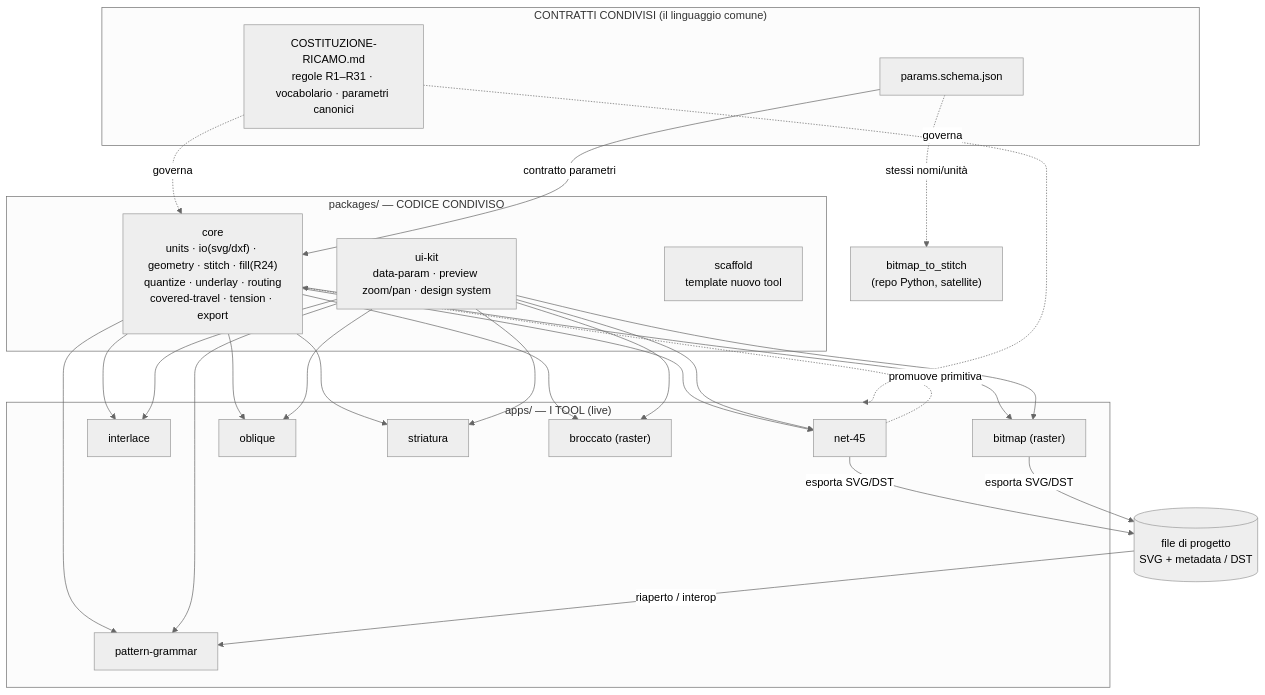
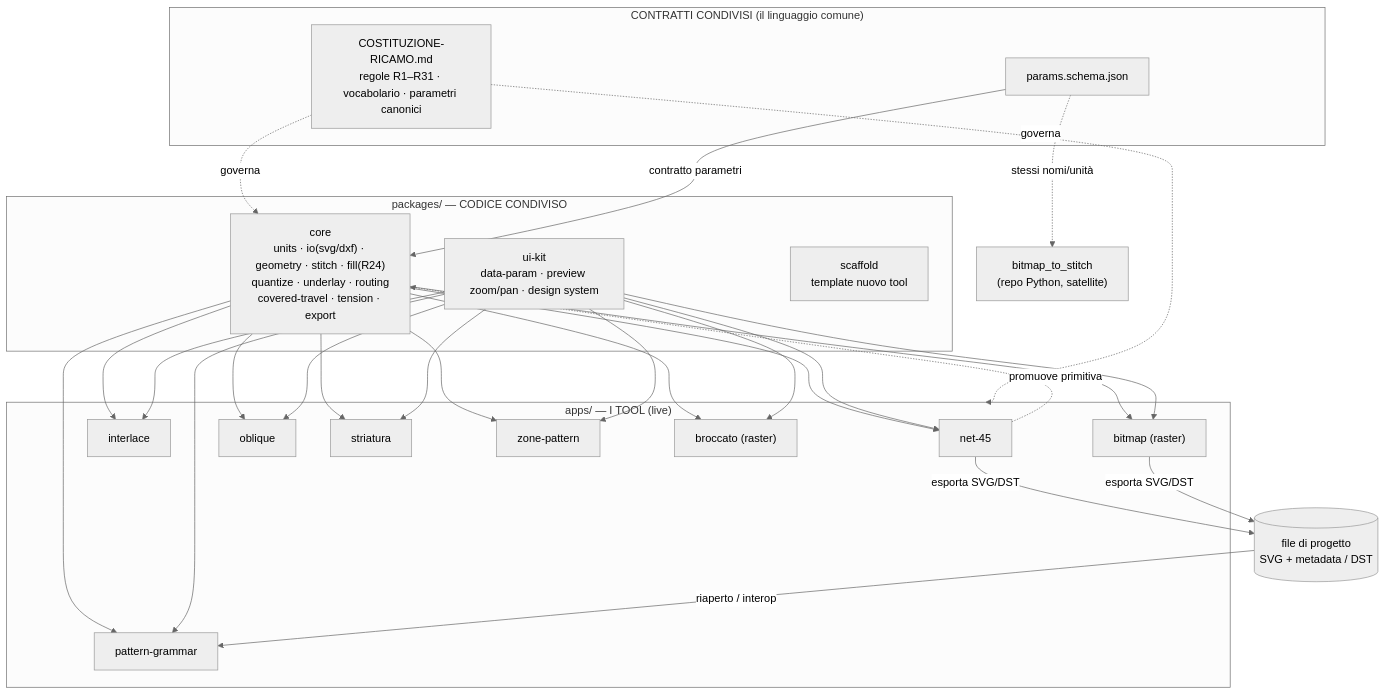
One commit to LorenzoErcoli/RG-EMBROIDERY-TOOLS-SUITE changed the diagram in ARCHITETTURA.md. Above: the diagram before and after it, drawn with Mermaid (neutral theme). The commit also changed other lines of this file and 31 other files, not shown here.

````diff
--- a/ARCHITETTURA.md
+++ b/ARCHITETTURA.md
@@ -26,39 +26,40 @@
 ```mermaid
 graph TD
   subgraph Contratti["CONTRATTI CONDIVISI (il linguaggio comune)"]
     COST["COSTITUZIONE-RICAMO.md<br/>regole R1–R31 · vocabolario · parametri canonici"]
     SCHEMA["params.schema.json"]
   end
 
   subgraph Packages["packages/ — CODICE CONDIVISO"]
     CORE["core<br/>units · io(svg/dxf) · geometry · stitch · fill(R24)<br/>quantize · underlay · routing<br/>covered-travel · tension · export"]
     UIKIT["ui-kit<br/>data-param · preview zoom/pan · design system"]
     SCAFFOLD["scaffold<br/>template nuovo tool"]
   end
 
   subgraph Apps["apps/ — I TOOL (live)"]
     N45["net-45"]
     PG["pattern-grammar"]
     ILC["interlace"]
     BMP["bitmap (raster)"]
     OBQ["oblique"]
     STR["striatura"]
+    ZON["zone-pattern"]
     BRC["broccato (raster)"]
   end
 
   BITMAP["bitmap_to_stitch<br/>(repo Python, satellite)"]
   PROJ[("file di progetto<br/>SVG + metadata / DST")]
 
   COST -. governa .-> CORE
   COST -. governa .-> Apps
   SCHEMA -->|contratto parametri| CORE
   SCHEMA -. stessi nomi/unità .-> BITMAP
 
-  CORE --> N45 & PG & ILC & BMP & OBQ & STR & BRC
-  UIKIT --> N45 & PG & ILC & BMP & OBQ & STR & BRC
+  CORE --> N45 & PG & ILC & BMP & OBQ & STR & BRC & ZON
+  UIKIT --> N45 & PG & ILC & BMP & OBQ & STR & BRC & ZON
   N45 -. promuove primitiva .-> CORE
 
   N45 -->|esporta SVG/DST| PROJ
   BMP -->|esporta SVG/DST| PROJ
   PROJ -->|riaperto / interop| PG
 ```
````
